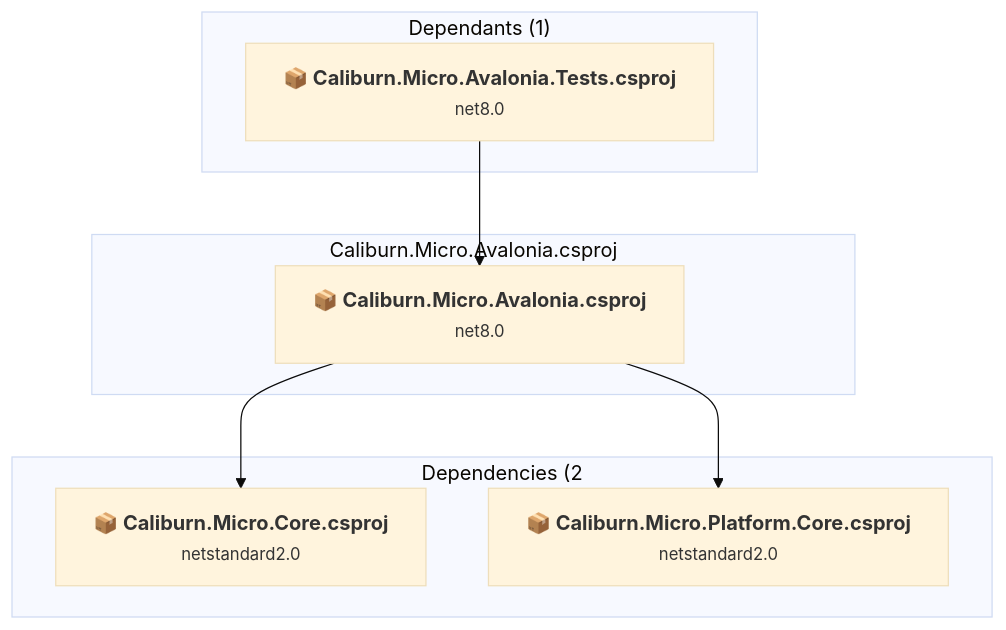
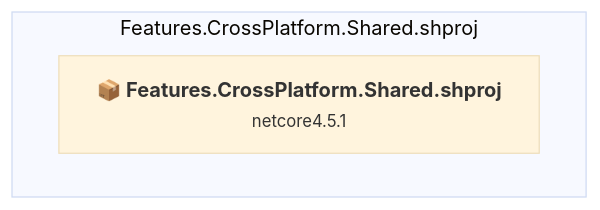
One commit to gerfen/Caliburn.Micro changed the third of 8 diagrams in .github/upgrades/scenarios/dotnet-version-upgrade/assessment.md. Above: the diagram before and after it, drawn with Mermaid (base theme). The commit also changed other lines of this file and 16 other files, not shown here.

````diff
--- a/.github/upgrades/scenarios/dotnet-version-upgrade/assessment.md
+++ b/.github/upgrades/scenarios/dotnet-version-upgrade/assessment.md
@@ -305,21 +216,8 @@
 ```mermaid
 flowchart TB
-    subgraph upstream["Dependants (1)"]
-        P9["<b>📦&nbsp;Caliburn.Micro.Avalonia.Tests.csproj</b><br/><small>net8.0</small>"]
-        click P9 "#caliburnmicroavaloniatestscaliburnmicroavaloniatestscsproj"
+    subgraph current["Features.CrossPlatform.Shared.shproj"]
+        MAIN["<b>📦&nbsp;Features.CrossPlatform.Shared.shproj</b><br/><small>netcore4.5.1</small>"]
+        click MAIN "#featurescrossplatformsharedfeaturescrossplatformsharedshproj"
     end
-    subgraph current["Caliburn.Micro.Avalonia.csproj"]
-        MAIN["<b>📦&nbsp;Caliburn.Micro.Avalonia.csproj</b><br/><small>net8.0</small>"]
-        click MAIN "#caliburnmicroavaloniacaliburnmicroavaloniacsproj"
-    end
-    subgraph downstream["Dependencies (2"]
-        P1["<b>📦&nbsp;Caliburn.Micro.Core.csproj</b><br/><small>netstandard2.0</small>"]
-        P5["<b>📦&nbsp;Caliburn.Micro.Platform.Core.csproj</b><br/><small>netstandard2.0</small>"]
-        click P1 "#caliburnmicrocorecaliburnmicrocorecsproj"
-        click P5 "#caliburnmicroplatformcorecaliburnmicroplatformcorecsproj"
-    end
-    P9 --> MAIN
-    MAIN --> P1
-    MAIN --> P5
 
 ```
````
